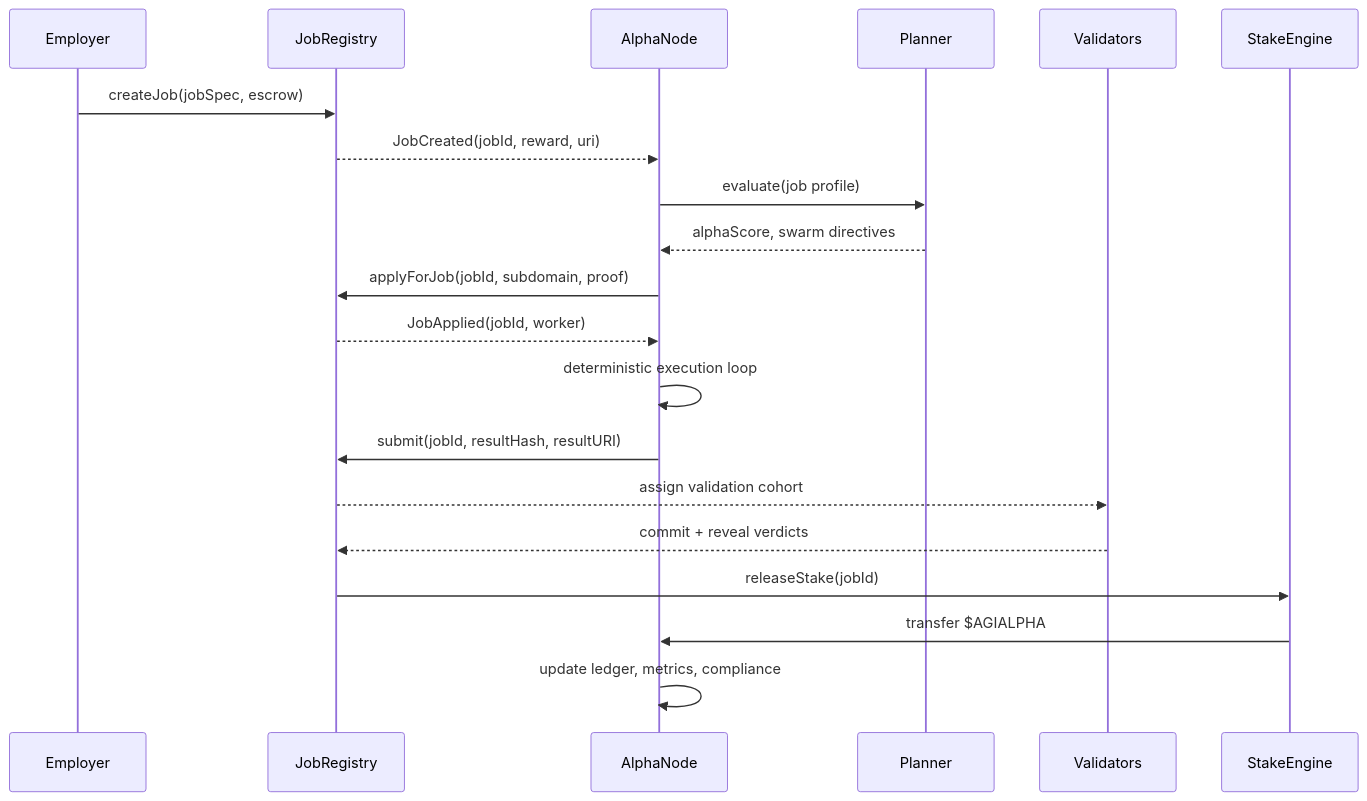
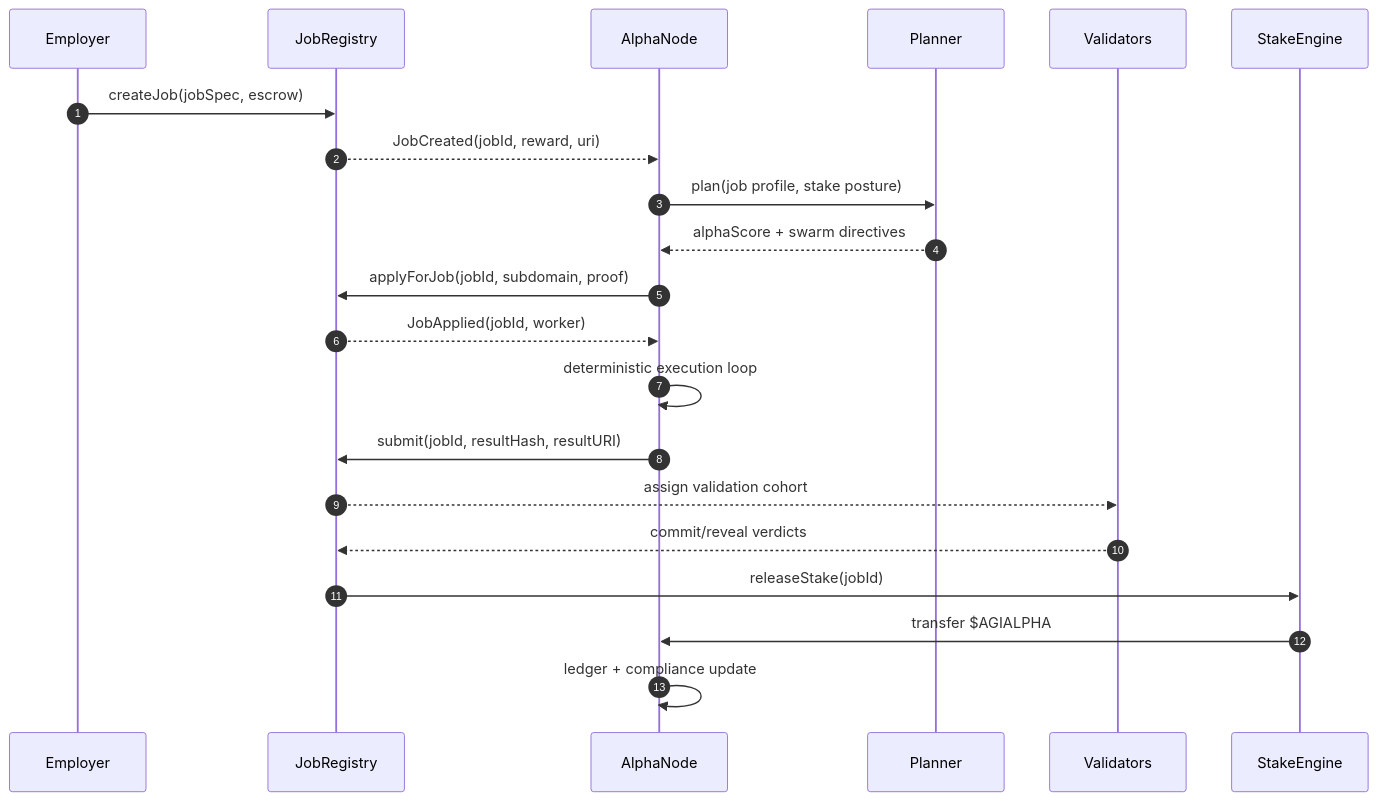
Before and after one commit to MontrealAI/AGI-Alpha-Node-v0: the second of 3 diagrams in README.md, drawn with Mermaid. The commit also changed other lines of this file, not shown here.

````diff
--- a/README.md
+++ b/README.md
@@ -86,23 +123,24 @@
 ```mermaid
 sequenceDiagram
+  autonumber
   participant Employer
   participant JobRegistry
   participant AlphaNode
   participant Planner
   participant Validators
   participant StakeEngine
 
   Employer->>JobRegistry: createJob(jobSpec, escrow)
   JobRegistry-->>AlphaNode: JobCreated(jobId, reward, uri)
-  AlphaNode->>Planner: evaluate(job profile)
-  Planner-->>AlphaNode: alphaScore, swarm directives
+  AlphaNode->>Planner: plan(job profile, stake posture)
+  Planner-->>AlphaNode: alphaScore + swarm directives
   AlphaNode->>JobRegistry: applyForJob(jobId, subdomain, proof)
   JobRegistry-->>AlphaNode: JobApplied(jobId, worker)
   AlphaNode->>AlphaNode: deterministic execution loop
   AlphaNode->>JobRegistry: submit(jobId, resultHash, resultURI)
   JobRegistry-->>Validators: assign validation cohort
-  Validators-->>JobRegistry: commit + reveal verdicts
+  Validators-->>JobRegistry: commit/reveal verdicts
   JobRegistry->>StakeEngine: releaseStake(jobId)
   StakeEngine->>AlphaNode: transfer $AGIALPHA
-  AlphaNode->>AlphaNode: update ledger, metrics, compliance
+  AlphaNode->>AlphaNode: ledger + compliance update
 ```
````
